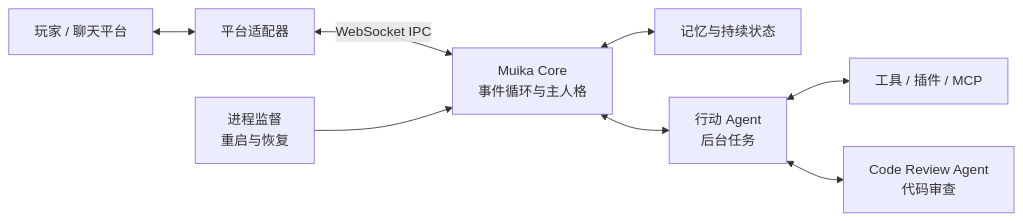
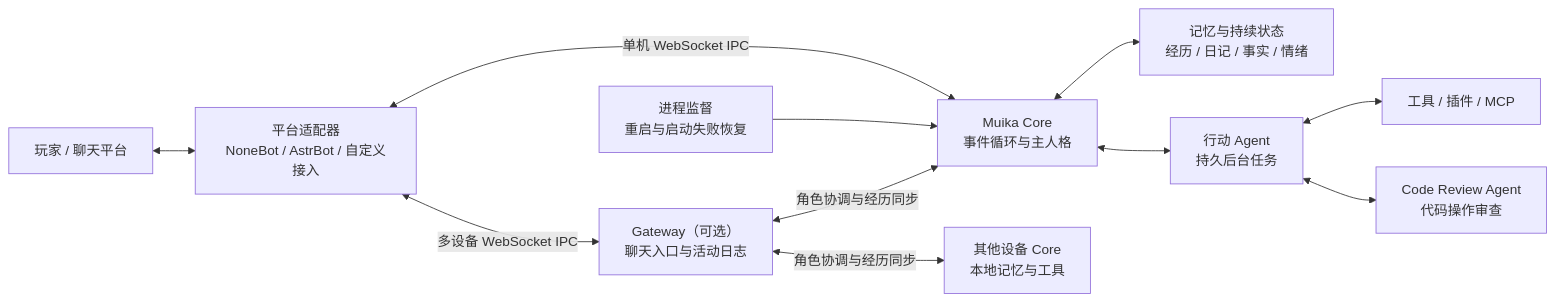
Before and after one commit to Moemu/Muika-After-Story: the diagram in README.md, drawn with Mermaid. The commit also changed other lines of this file, not shown here.

````diff
--- a/README.md
+++ b/README.md
@@ -101,10 +101,13 @@
 ```mermaid
 flowchart LR
-    Player["玩家 / 聊天平台"] <--> Adapter["平台适配器"]
-    Adapter <-->|WebSocket IPC| Core["Muika Core<br/>事件循环与主人格"]
-    Supervisor["进程监督<br/>重启与恢复"] --> Core
-    Core <--> Memory["记忆与持续状态"]
-    Core <--> Agent["行动 Agent<br/>后台任务"]
+    Player["玩家 / 聊天平台"] <--> Adapter["平台适配器<br/>NoneBot / AstrBot / 自定义接入"]
+    Adapter <-->|单机 WebSocket IPC| Core["Muika Core<br/>事件循环与主人格"]
+    Adapter <-->|多设备 WebSocket IPC| Gateway["Gateway（可选）<br/>聊天入口与活动日志"]
+    Gateway <-->|角色协调与经历同步| Core
+    Gateway <-->|角色协调与经历同步| OtherCore["其他设备 Core<br/>本地记忆与工具"]
+    Supervisor["进程监督<br/>重启与启动失败恢复"] --> Core
+    Core <--> Memory["记忆与持续状态<br/>经历 / 日记 / 事实 / 情绪"]
+    Core <--> Agent["行动 Agent<br/>持久后台任务"]
     Agent <--> Tools["工具 / 插件 / MCP"]
-    Agent <--> Review["Code Review Agent<br/>代码审查"]
+    Agent <--> Review["Code Review Agent<br/>代码操作审查"]
 ```
````
